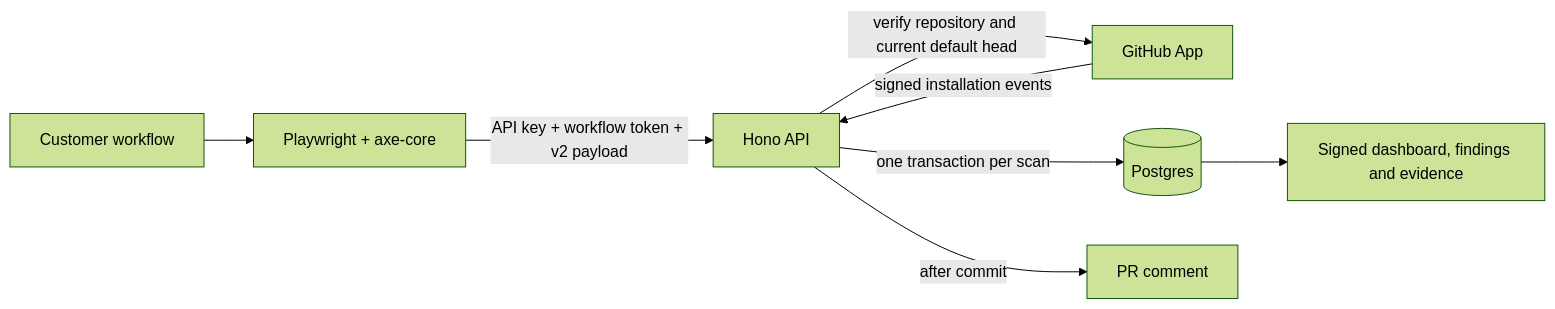
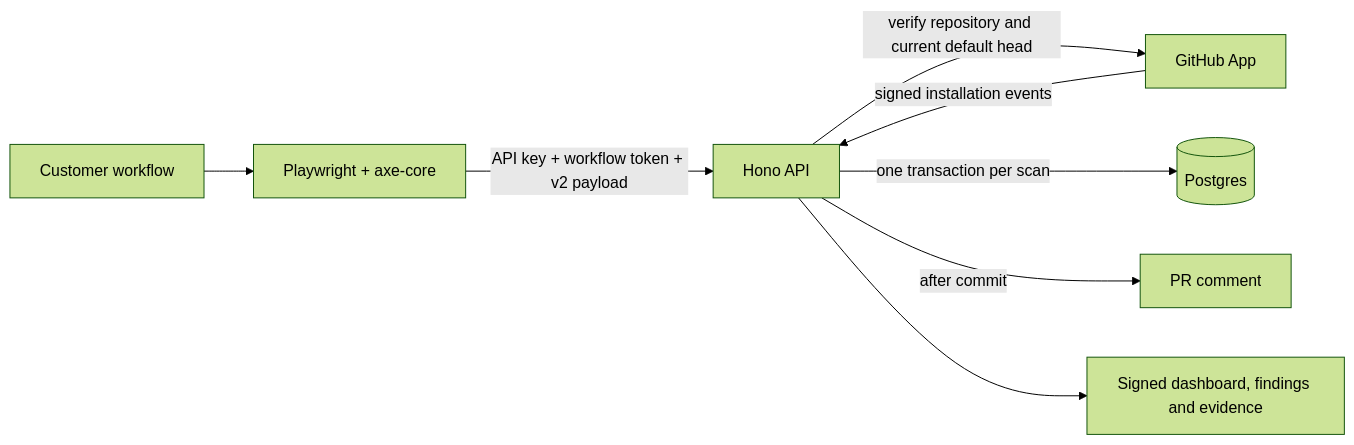
Before and after one commit to Inn-Keeper/intygy: the diagram in docs/ARCHITECTURE.md, drawn with Mermaid (forest theme). The commit also changed other lines of this file and 9 other files, not shown here.

````diff
--- a/docs/ARCHITECTURE.md
+++ b/docs/ARCHITECTURE.md
@@ -11,10 +5,10 @@
 ```mermaid
 flowchart LR
   Workflow[Customer workflow] --> Scanner[Playwright + axe-core]
   Scanner -->|API key + workflow token + v2 payload| API[Hono API]
   API -->|verify repository and current default head| GitHub[GitHub App]
   API -->|one transaction per scan| DB[(Postgres)]
   API -->|after commit| Comment[PR comment]
-  DB --> Reports[Signed dashboard, findings and evidence]
+  API --> Reports[Signed dashboard, findings and evidence]
   GitHub -->|signed installation events| API
 ```
````
